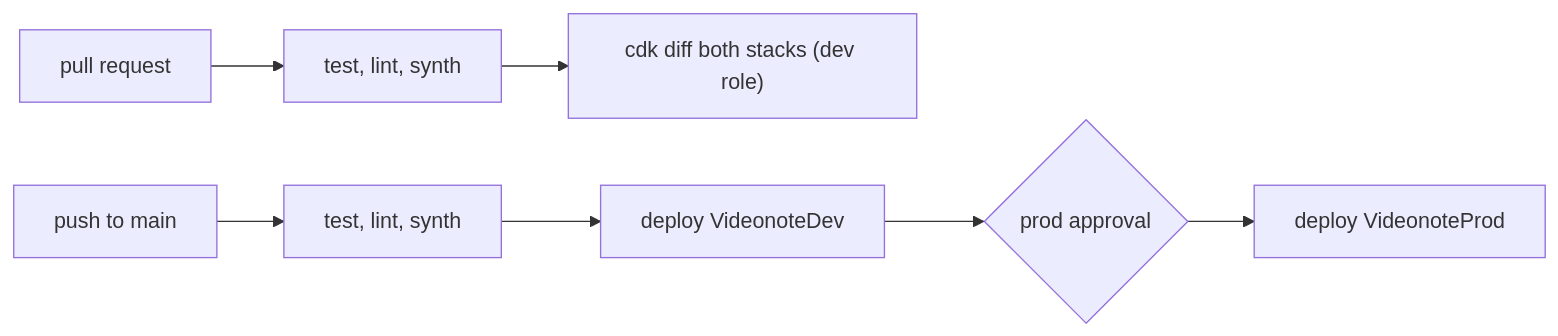
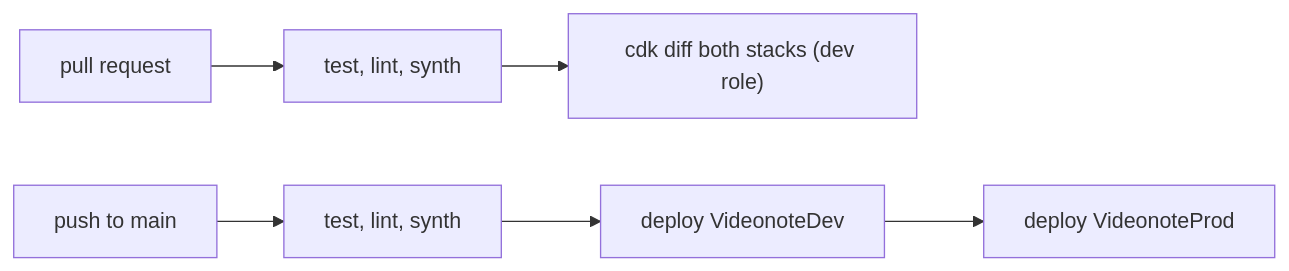
One commit to joshmu/videonote changed the diagram in infra/README.md. Above: the diagram before and after it, drawn with Mermaid. The commit also changed other lines of this file and 1 other file, not shown here.

Commit message:
docs(infra): prod deploys straight after dev on merge to main (#180)

````diff
--- a/infra/README.md
+++ b/infra/README.md
@@ -84,5 +84,5 @@
 ```mermaid
 flowchart LR
   PR[pull request] --> T1[test, lint, synth] --> D["cdk diff both stacks (dev role)"]
-  Main[push to main] --> T2[test, lint, synth] --> Dev[deploy VideonoteDev] --> Gate{prod approval} --> Prod[deploy VideonoteProd]
+  Main[push to main] --> T2[test, lint, synth] --> Dev[deploy VideonoteDev] --> Prod[deploy VideonoteProd]
 ```
````
